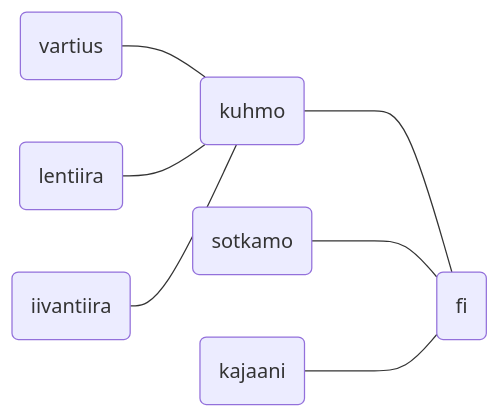
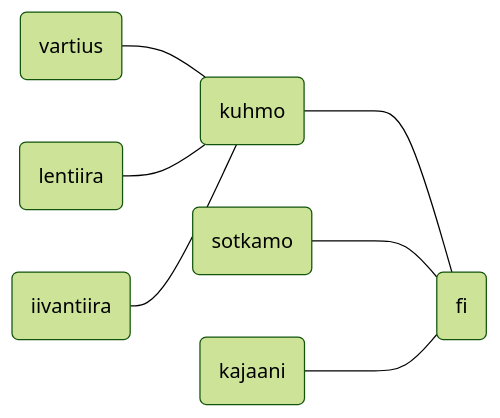
The diagram in README.md (phdonner/verkkotunnus), drawn with Mermaid before and after one commit.

````diff
--- a/README.md
+++ b/README.md
@@ -9,9 +9,10 @@
 ```mermaid
+%%{init: {'theme':'forest'}}%%
 flowchart LR
    A(vartius)    --- D
    B(lentiira)   --- D
    C(iivantiira) --- D
    D(kuhmo)   ---- F(fi)
    E(sotkamo) ---- F(fi)
    G(kajaani) ---- F(fi)
 ```
````
